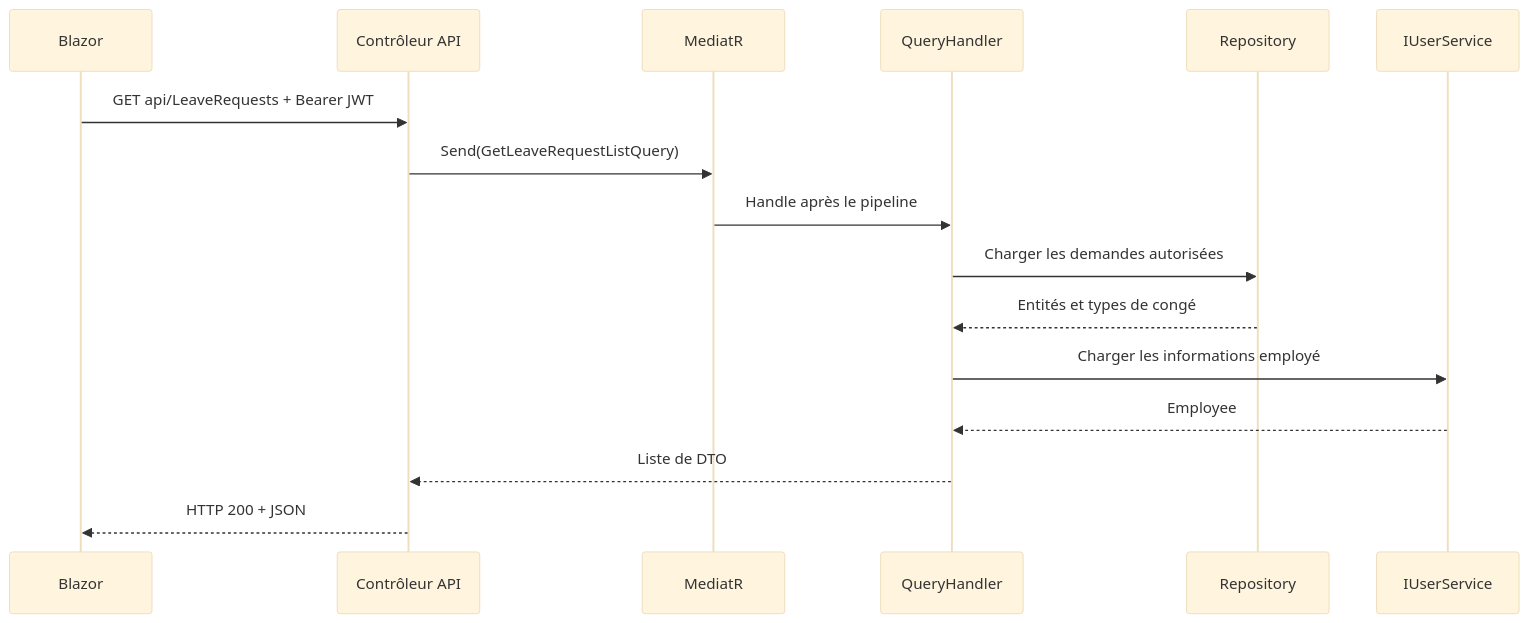
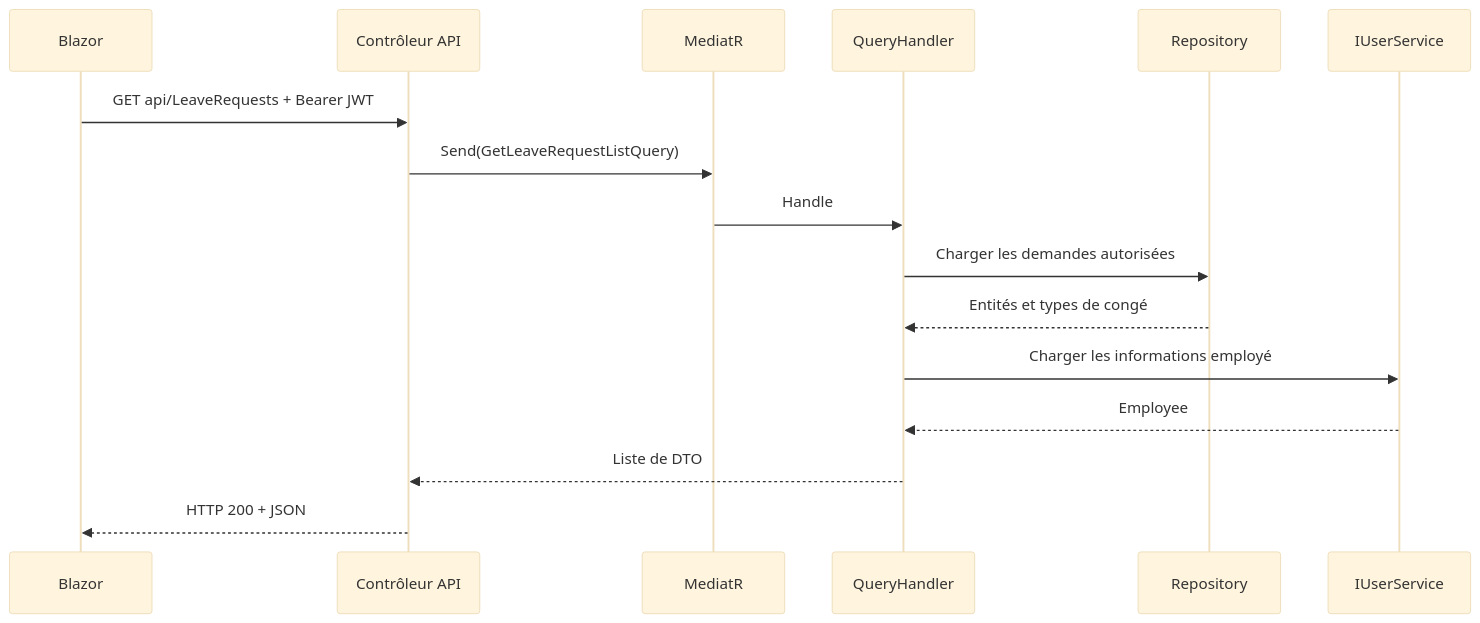
The second of 2 diagrams in README.md (Simpla1908/HR.LeaveManagement.Clean), drawn with Mermaid (base theme) before and after one commit. The commit also changed other lines of this file and 69 other files, not shown here.

````diff
--- a/README.md
+++ b/README.md
@@ -376,18 +427,18 @@
 ```mermaid
 sequenceDiagram
     participant B as Blazor
     participant C as Contrôleur API
     participant M as MediatR
     participant H as QueryHandler
     participant R as Repository
     participant U as IUserService
     B->>C: GET api/LeaveRequests + Bearer JWT
     C->>M: Send(GetLeaveRequestListQuery)
-    M->>H: Handle après le pipeline
+    M->>H: Handle
     H->>R: Charger les demandes autorisées
     R-->>H: Entités et types de congé
     H->>U: Charger les informations employé
     U-->>H: Employee
     H-->>C: Liste de DTO
     C-->>B: HTTP 200 + JSON
 ```
````
